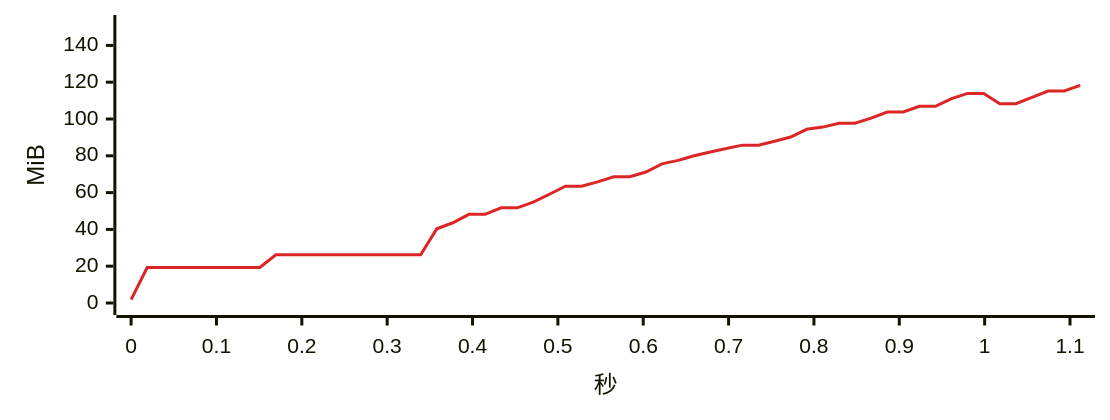
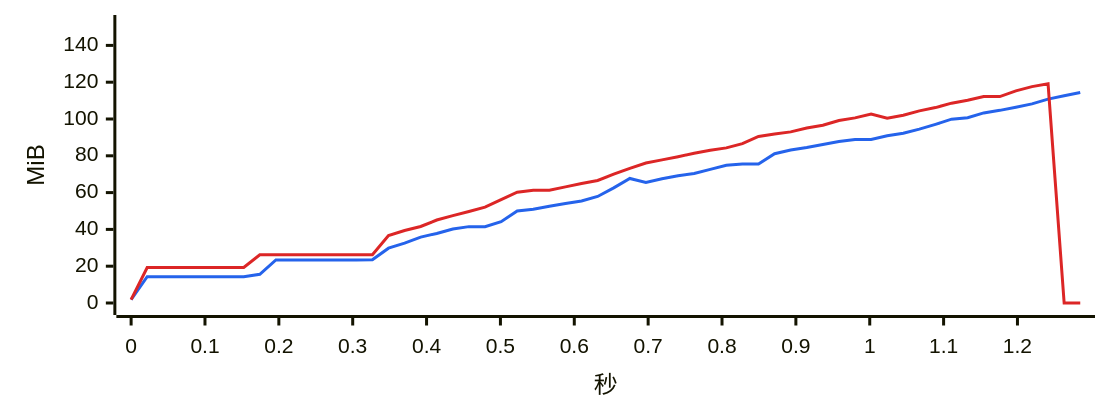
The ninth of 17 diagrams in bench/v4.1.0/summary.md (334456777/WeFlow), drawn with Mermaid before and after one commit. The commit also changed other lines of this file and 3 other files, not shown here.

````diff
--- a/bench/v4.1.0/summary.md
+++ b/bench/v4.1.0/summary.md
@@ -369,7 +375,8 @@
 ```mermaid
-%%{init: {"xyChart": {"width": 720, "height": 260}, "themeVariables": {"xyChart": {"plotColorPalette": "#dc2626"}}}}%%
+%%{init: {"xyChart": {"width": 720, "height": 260}, "themeVariables": {"xyChart": {"plotColorPalette": "#2563eb, #dc2626"}}}}%%
 xychart-beta
-    x-axis "秒" 0 --> 1.112
+    x-axis "秒" 0 --> 1.285
     y-axis "MiB" 0 --> 150
-    line [1.8, 19.3, 19.3, 19.3, 19.3, 19.3, 19.3, 19.3, 19.3, 26.2, 26.2, 26.2, 26.2, 26.2, 26.2, 26.2, 26.2, 26.2, 26.2, 40.3, 43.6, 48.2, 48.2, 51.7, 51.7, 54.8, 59.1, 63.5, 63.5, 65.8, 68.6, 68.6, 71.2, 75.6, 77.5, 80.0, 82.1, 84.0, 85.8, 85.8, 87.9, 90.2, 94.4, 95.6, 97.7, 97.7, 100.5, 103.8, 103.8, 106.9, 106.9, 111.1, 113.9, 113.9, 108.3, 108.3, 111.8, 115.2, 115.2, 118.3]
+    line [1.8, 14.3, 14.3, 14.3, 14.3, 14.3, 14.3, 14.3, 15.6, 23.4, 23.4, 23.4, 23.4, 23.4, 23.4, 23.5, 29.8, 32.5, 35.8, 37.8, 40.2, 41.5, 41.5, 44.2, 50.0, 50.9, 52.6, 54.1, 55.4, 57.9, 62.6, 67.7, 65.5, 67.5, 69.2, 70.4, 72.6, 74.9, 75.5, 75.5, 81.1, 83.1, 84.5, 86.1, 87.8, 88.9, 88.9, 90.9, 92.3, 94.5, 97.1, 99.9, 100.7, 103.3, 104.7, 106.4, 108.2, 110.8, 112.6, 114.4]
+    line [1.8, 19.3, 19.3, 19.3, 19.3, 19.3, 19.3, 19.3, 26.2, 26.2, 26.2, 26.2, 26.2, 26.2, 26.2, 26.2, 36.7, 39.4, 41.6, 45.1, 47.5, 49.7, 52.1, 56.2, 60.2, 61.3, 61.3, 63.1, 64.9, 66.6, 70.0, 73.2, 76.1, 77.8, 79.5, 81.4, 83.0, 84.3, 86.6, 90.5, 91.8, 93.0, 95.1, 96.6, 99.2, 100.6, 102.7, 100.4, 102.0, 104.4, 106.2, 108.6, 110.2, 112.2, 112.2, 115.3, 117.6, 119.1, 0.0, 0.0]
 ```
````
